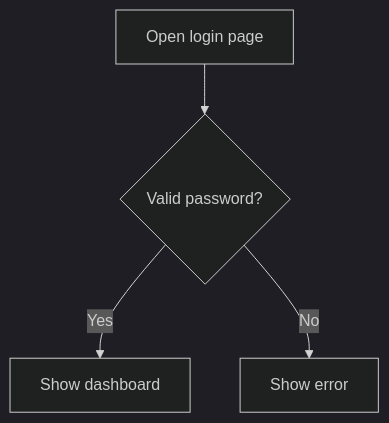
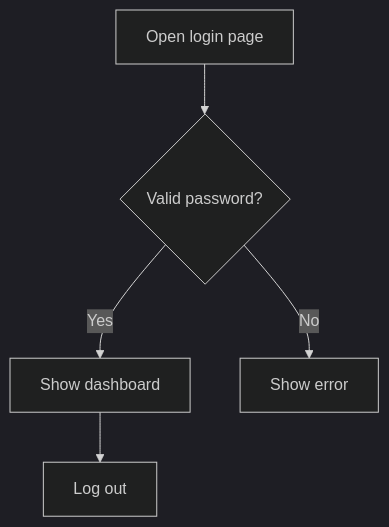
One commit to VisionNurture-com/mermaid-cli-examples changed the diagram in diagrams/flows/login.mmd. Above: the diagram before and after it, drawn with Mermaid (dark theme).

Commit message:
Add a logout step to the login flow

```diff
--- a/diagrams/flows/login.mmd
+++ b/diagrams/flows/login.mmd
@@ -1,4 +1,5 @@
 flowchart TD
     A[Open login page] --> B{Valid password?}
     B -->|Yes| C[Show dashboard]
     B -->|No| D[Show error]
+    C --> E[Log out]
```
